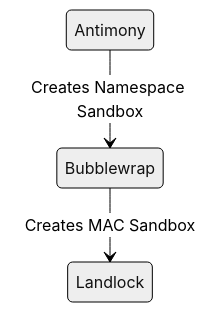
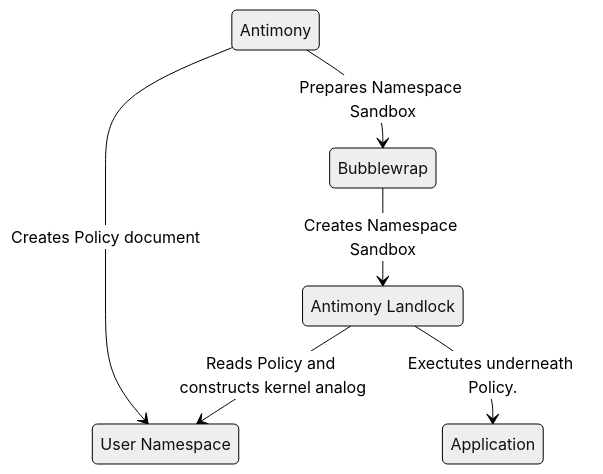
One commit to kkernick/antimony changed the diagram in md/Landlock.md. Above: the diagram before and after it, drawn with Mermaid (neutral theme). The commit also changed other lines of this file and 144 other files, not shown here.

````diff
--- a/md/Landlock.md
+++ b/md/Landlock.md
@@ -15,5 +15,11 @@
 ```mermaid
 stateDiagram-v2
-Antimony --> Bubblewrap: Creates Namespace Sandbox
-Bubblewrap --> Landlock: Creates MAC Sandbox
+L: Antimony Landlock
+N: User Namespace
+
+Antimony --> Bubblewrap: Prepares Namespace Sandbox
+Antimony --> N: Creates Policy document
+Bubblewrap --> L: Creates Namespace Sandbox
+L --> N: Reads Policy and constructs kernel analog
+L --> Application: Exectutes underneath Policy.
 ```
````
